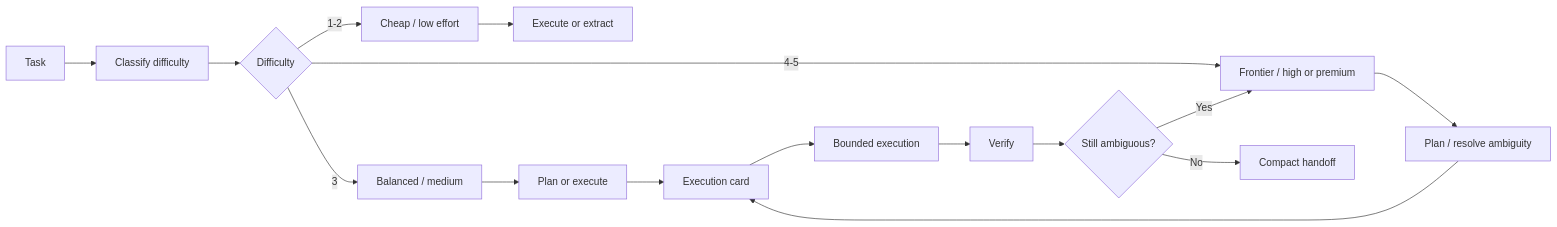
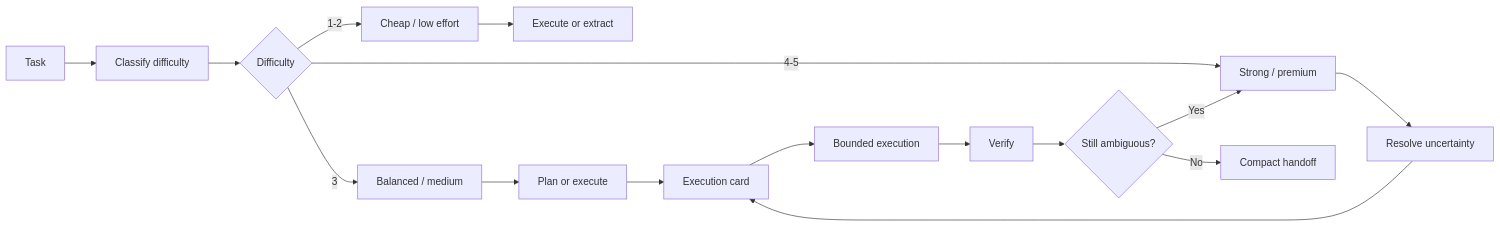
One commit to 0xQuantCat/cost-aware-agent-work changed the diagram in README.md. Above: the diagram before and after it, drawn with Mermaid. The commit also changed other lines of this file, not shown here.

````diff
--- a/README.md
+++ b/README.md
@@ -93,18 +93,18 @@
 ```mermaid
 flowchart LR
     A[Task] --> B[Classify difficulty]
     B --> C{Difficulty}
     C -- 1-2 --> D[Cheap / low effort]
     C -- 3 --> E[Balanced / medium]
-    C -- 4-5 --> F[Frontier / high or premium]
+    C -- 4-5 --> F[Strong / premium]
     D --> G[Execute or extract]
     E --> H[Plan or execute]
-    F --> I[Plan / resolve ambiguity]
+    F --> I[Resolve uncertainty]
     I --> J[Execution card]
     H --> J
     J --> K[Bounded execution]
     K --> L[Verify]
     L --> M{Still ambiguous?}
     M -- No --> N[Compact handoff]
     M -- Yes --> F
 ```
````
